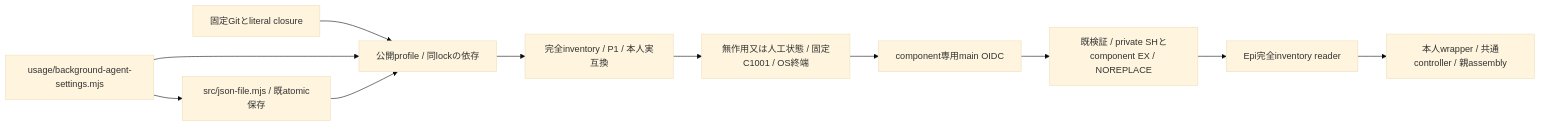
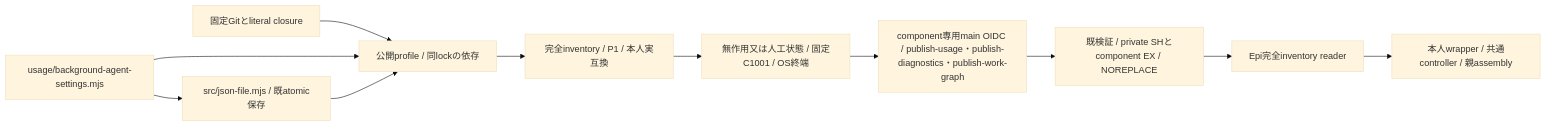
One commit to kitepon/BellTeam changed the first of 3 diagrams in docs/architecture/modules/distribution/business-artifacts.md. Above: the diagram before and after it, drawn with Mermaid (base theme). The commit also changed other lines of this file and 5 other files, not shown here.

First line of the commit message:
Add the work-graph signer workflow and its pre-sign probe

````diff
--- a/docs/architecture/modules/distribution/business-artifacts.md
+++ b/docs/architecture/modules/distribution/business-artifacts.md
@@ -5,13 +5,13 @@
 ```mermaid
 flowchart LR
   Git[固定Gitとliteral closure] --> Pack[公開profile / 同lockの依存]
   Background[usage/background-agent-settings.mjs] --> Atomic[src/json-file.mjs / 既atomic保存]
   Background --> Pack
   Atomic --> Pack
   Pack --> Archive[完全inventory / P1 / 本人実互換]
   Archive --> Probe[無作用又は人工状態 / 固定C1001 / OS終端]
-  Probe --> Sign[component専用main OIDC]
+  Probe --> Sign[component専用main OIDC / publish-usage・publish-diagnostics・publish-work-graph]
   Sign --> Root[既検証 / private SHとcomponent EX / NOREPLACE]
   Root --> Reader[Epi完全inventory reader]
   Reader --> Generation[本人wrapper / 共通controller / 親assembly]
 ```
````
